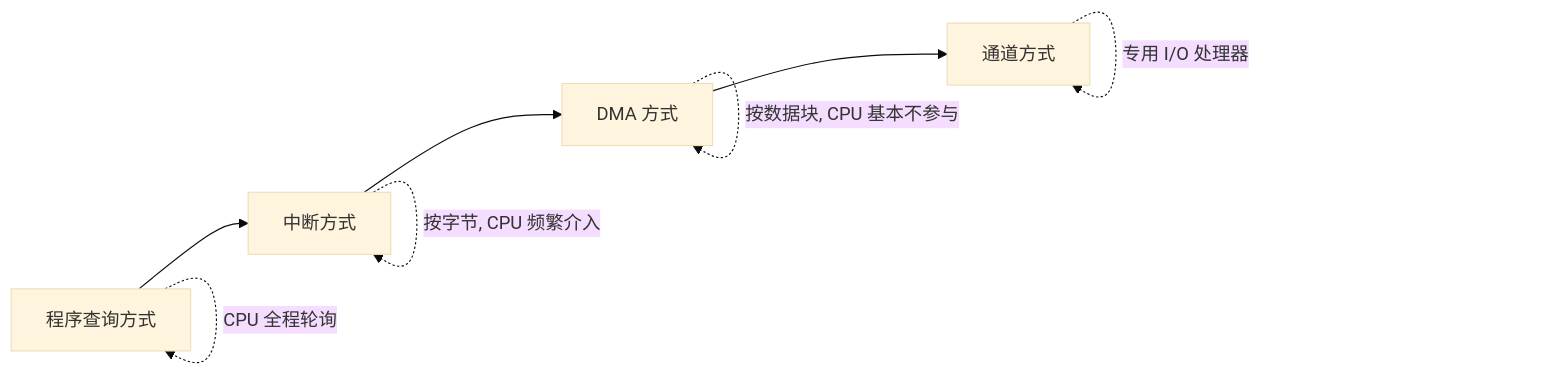
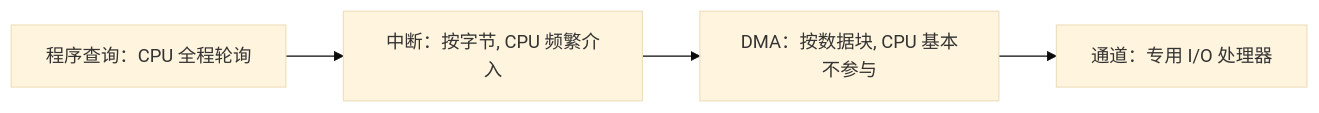
The first of 4 diagrams in src/computer-science/computer-organization/doc/07-io-system.md (belos-street/kb-vault), drawn with Mermaid (base theme) before and after one commit. The commit also changed other lines of this file and 7 other files, not shown here.

````diff
--- a/src/computer-science/computer-organization/doc/07-io-system.md
+++ b/src/computer-science/computer-organization/doc/07-io-system.md
@@ -37,10 +37,6 @@
 ```mermaid
 graph LR
-    A["程序查询方式"] --> B["中断方式"]
-    B --> C["DMA 方式"]
-    C --> D["通道方式"]
-    A -.->|"CPU 全程轮询"| A
-    B -.->|"按字节, CPU 频繁介入"| B
-    C -.->|"按数据块, CPU 基本不参与"| C
-    D -.->|"专用 I/O 处理器"| D
+    A["程序查询：CPU 全程轮询"] --> B["中断：按字节, CPU 频繁介入"]
+    B --> C["DMA：按数据块, CPU 基本不参与"]
+    C --> D["通道：专用 I/O 处理器"]
 ```
````
